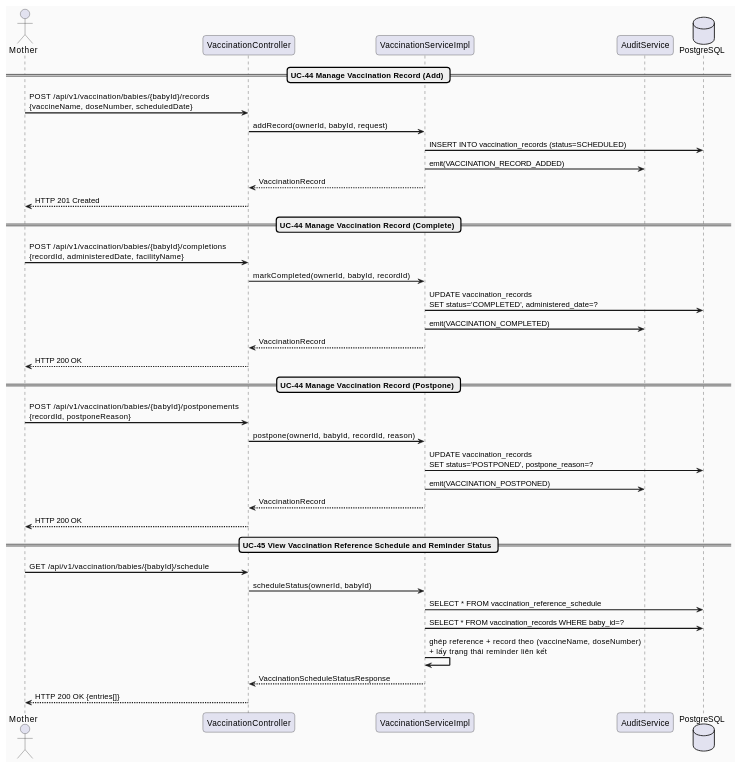
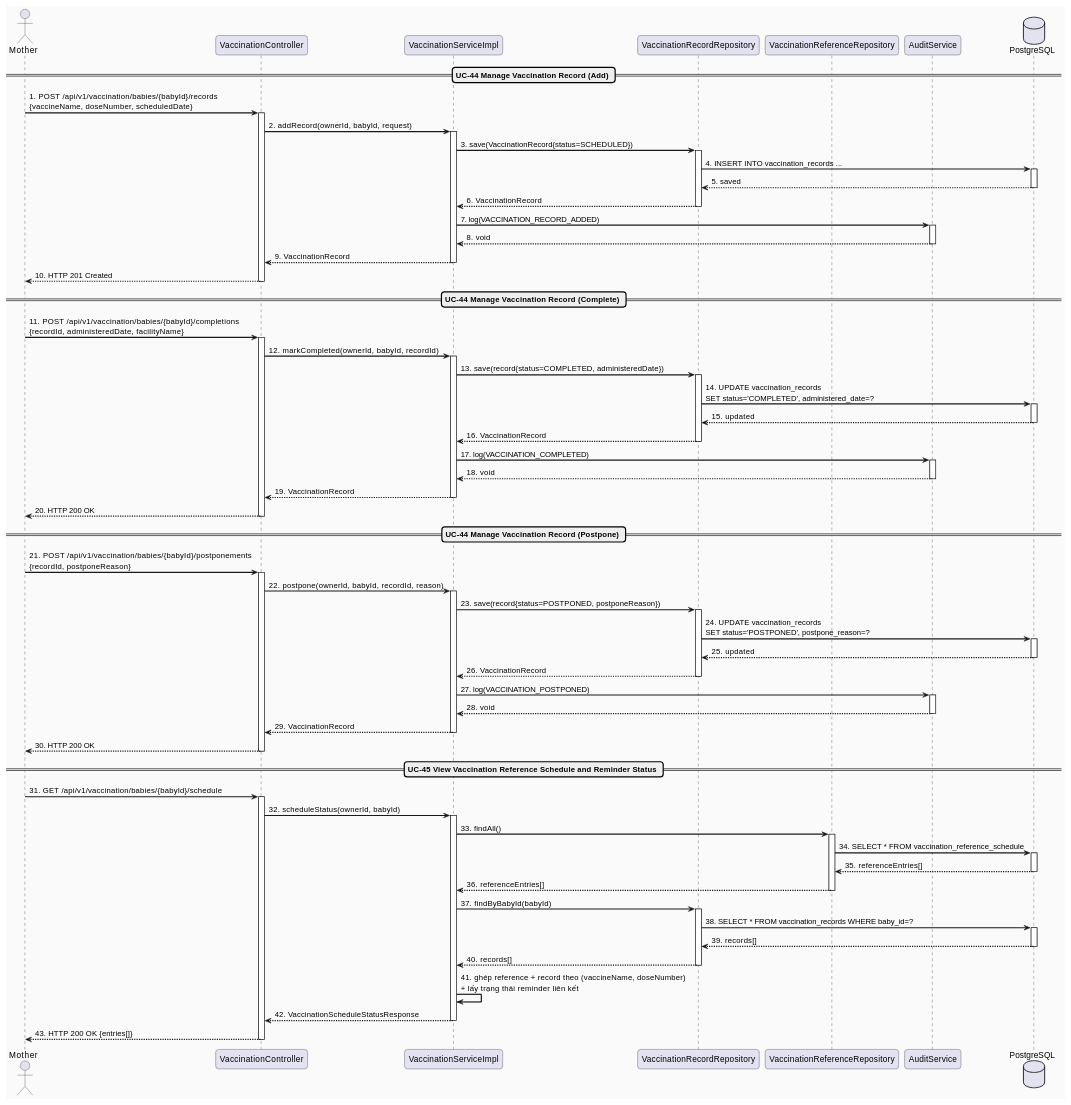
Before and after one commit to ChuongBDHE172784/CareBridge_SEP490_G79: the second of 3 diagrams in docs/Detailed_Design/MF03_Baby_Care_Growth_Vaccination/03_Vaccination_Record_Reminder_Management.md, drawn with PlantUML. The commit also changed 29 other files, not shown here.

Commit message:
feat: add detailed sequence diagrams to documentation and standardize service-layer interaction flows across modules

````diff
--- a/docs/Detailed_Design/MF03_Baby_Care_Growth_Vaccination/03_Vaccination_Record_Reminder_Management.md
+++ b/docs/Detailed_Design/MF03_Baby_Care_Growth_Vaccination/03_Vaccination_Record_Reminder_Management.md
@@ -116,41 +116,103 @@
 actor "Mother" as M
 participant "VaccinationController" as Controller
 participant "VaccinationServiceImpl" as Service
+participant "VaccinationRecordRepository" as RecordRepo
+participant "VaccinationReferenceRepository" as RefRepo
 participant "AuditService" as Audit
 database "PostgreSQL" as DB
 
 == UC-44 Manage Vaccination Record (Add) ==
-M -> Controller : POST /api/v1/vaccination/babies/{babyId}/records\n{vaccineName, doseNumber, scheduledDate}
-Controller -> Service : addRecord(ownerId, babyId, request)
-Service -> DB : INSERT INTO vaccination_records (status=SCHEDULED)
-Service -> Audit : emit(VACCINATION_RECORD_ADDED)
-Service --> Controller : VaccinationRecord
-Controller --> M : HTTP 201 Created
+M -> Controller : 1. POST /api/v1/vaccination/babies/{babyId}/records\n{vaccineName, doseNumber, scheduledDate}
+activate Controller
+Controller -> Service : 2. addRecord(ownerId, babyId, request)
+activate Service
+Service -> RecordRepo : 3. save(VaccinationRecord{status=SCHEDULED})
+activate RecordRepo
+RecordRepo -> DB : 4. INSERT INTO vaccination_records ...
+activate DB
+DB --> RecordRepo : 5. saved
+deactivate DB
+RecordRepo --> Service : 6. VaccinationRecord
+deactivate RecordRepo
+Service -> Audit : 7. log(VACCINATION_RECORD_ADDED)
+activate Audit
+Audit --> Service : 8. void
+deactivate Audit
+Service --> Controller : 9. VaccinationRecord
+deactivate Service
+Controller --> M : 10. HTTP 201 Created
+deactivate Controller
 
 == UC-44 Manage Vaccination Record (Complete) ==
-M -> Controller : POST /api/v1/vaccination/babies/{babyId}/completions\n{recordId, administeredDate, facilityName}
-Controller -> Service : markCompleted(ownerId, babyId, recordId)
-Service -> DB : UPDATE vaccination_records\nSET status='COMPLETED', administered_date=?
-Service -> Audit : emit(VACCINATION_COMPLETED)
-Service --> Controller : VaccinationRecord
-Controller --> M : HTTP 200 OK
+M -> Controller : 11. POST /api/v1/vaccination/babies/{babyId}/completions\n{recordId, administeredDate, facilityName}
+activate Controller
+Controller -> Service : 12. markCompleted(ownerId, babyId, recordId)
+activate Service
+Service -> RecordRepo : 13. save(record{status=COMPLETED, administeredDate})
+activate RecordRepo
+RecordRepo -> DB : 14. UPDATE vaccination_records\nSET status='COMPLETED', administered_date=?
+activate DB
+DB --> RecordRepo : 15. updated
+deactivate DB
+RecordRepo --> Service : 16. VaccinationRecord
+deactivate RecordRepo
+Service -> Audit : 17. log(VACCINATION_COMPLETED)
+activate Audit
+Audit --> Service : 18. void
+deactivate Audit
+Service --> Controller : 19. VaccinationRecord
+deactivate Service
+Controller --> M : 20. HTTP 200 OK
+deactivate Controller
 
 == UC-44 Manage Vaccination Record (Postpone) ==
-M -> Controller : POST /api/v1/vaccination/babies/{babyId}/postponements\n{recordId, postponeReason}
-Controller -> Service : postpone(ownerId, babyId, recordId, reason)
-Service -> DB : UPDATE vaccination_records\nSET status='POSTPONED', postpone_reason=?
-Service -> Audit : emit(VACCINATION_POSTPONED)
-Service --> Controller : VaccinationRecord
-Controller --> M : HTTP 200 OK
+M -> Controller : 21. POST /api/v1/vaccination/babies/{babyId}/postponements\n{recordId, postponeReason}
+activate Controller
+Controller -> Service : 22. postpone(ownerId, babyId, recordId, reason)
+activate Service
+Service -> RecordRepo : 23. save(record{status=POSTPONED, postponeReason})
+activate RecordRepo
+RecordRepo -> DB : 24. UPDATE vaccination_records\nSET status='POSTPONED', postpone_reason=?
+activate DB
+DB --> RecordRepo : 25. updated
+deactivate DB
+RecordRepo --> Service : 26. VaccinationRecord
+deactivate RecordRepo
+Service -> Audit : 27. log(VACCINATION_POSTPONED)
+activate Audit
+Audit --> Service : 28. void
+deactivate Audit
+Service --> Controller : 29. VaccinationRecord
+deactivate Service
+Controller --> M : 30. HTTP 200 OK
+deactivate Controller
 
 == UC-45 View Vaccination Reference Schedule and Reminder Status ==
-M -> Controller : GET /api/v1/vaccination/babies/{babyId}/schedule
-Controller -> Service : scheduleStatus(ownerId, babyId)
-Service -> DB : SELECT * FROM vaccination_reference_schedule
-Service -> DB : SELECT * FROM vaccination_records WHERE baby_id=?
-Service -> Service : ghép reference + record theo (vaccineName, doseNumber)\n+ lấy trạng thái reminder liên kết
-Service --> Controller : VaccinationScheduleStatusResponse
-Controller --> M : HTTP 200 OK {entries[]}
+M -> Controller : 31. GET /api/v1/vaccination/babies/{babyId}/schedule
+activate Controller
+Controller -> Service : 32. scheduleStatus(ownerId, babyId)
+activate Service
+Service -> RefRepo : 33. findAll()
+activate RefRepo
+RefRepo -> DB : 34. SELECT * FROM vaccination_reference_schedule
+activate DB
+DB --> RefRepo : 35. referenceEntries[]
+deactivate DB
+RefRepo --> Service : 36. referenceEntries[]
+deactivate RefRepo
+Service -> RecordRepo : 37. findByBabyId(babyId)
+activate RecordRepo
+RecordRepo -> DB : 38. SELECT * FROM vaccination_records WHERE baby_id=?
+activate DB
+DB --> RecordRepo : 39. records[]
+deactivate DB
+RecordRepo --> Service : 40. records[]
+deactivate RecordRepo
+Service -> Service : 41. ghép reference + record theo (vaccineName, doseNumber)\n+ lấy trạng thái reminder liên kết
+Service --> Controller : 42. VaccinationScheduleStatusResponse
+deactivate Service
+Controller --> M : 43. HTTP 200 OK {entries[]}
+deactivate Controller
 
 @enduml
 ```
````
